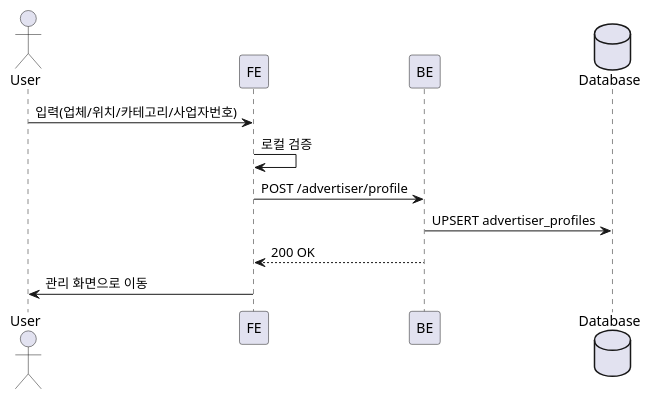
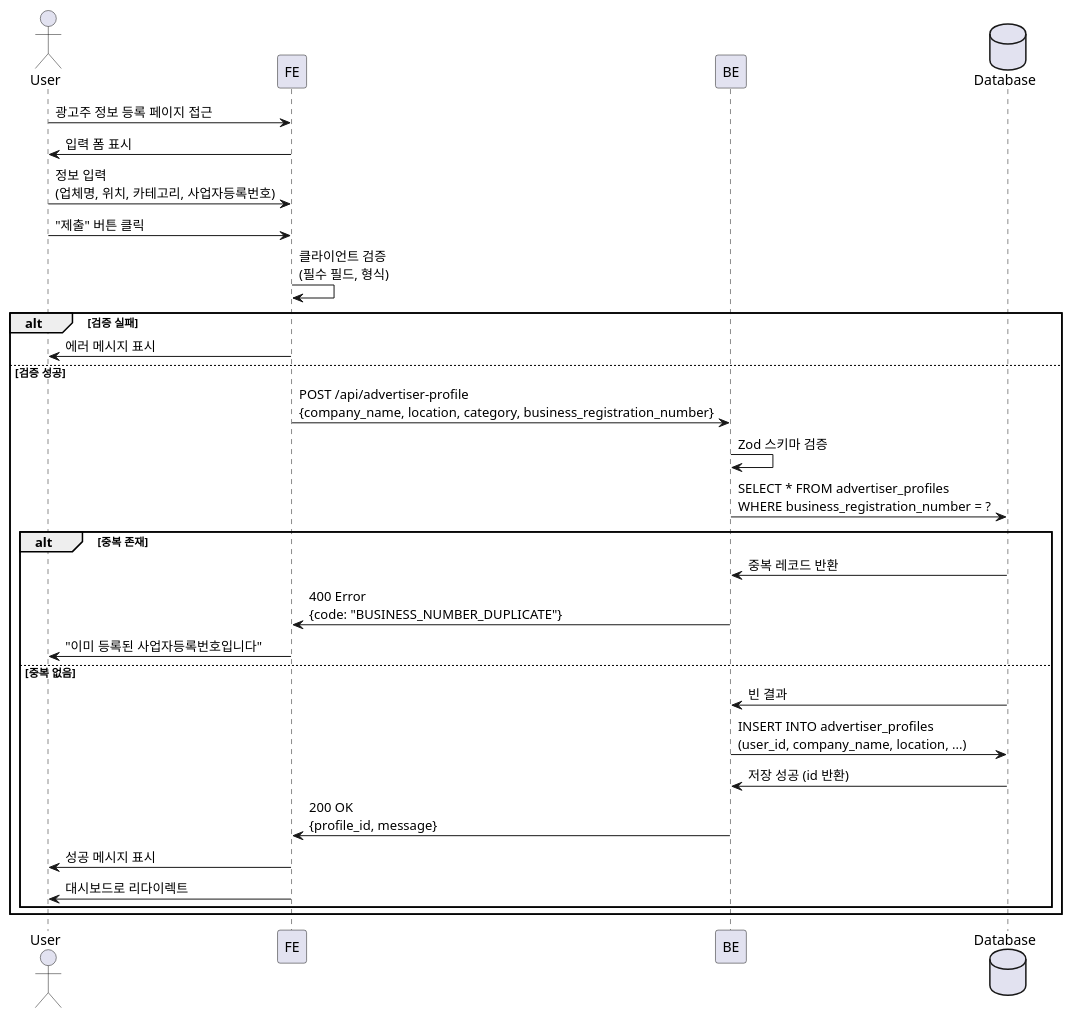
One commit to kooyongpak/Mafia_1w_1 changed the diagram in docs/003/spec.md. Above: the diagram before and after it, drawn with PlantUML. The commit also changed other lines of this file and 78 other files, not shown here.

First line of the commit message:
Feat: 광고주 및 인플루언서 정보 등록 페이지 추가 및 관련 기능 구현

````diff
--- a/docs/003/spec.md
+++ b/docs/003/spec.md
@@ -24,13 +90,42 @@
+```plantuml
 @startuml
 actor User
 participant FE
 participant BE
 database Database
 
-User -> FE: 입력(업체/위치/카테고리/사업자번호)
-FE -> FE: 로컬 검증
-FE -> BE: POST /advertiser/profile
-BE -> Database: UPSERT advertiser_profiles
-BE --> FE: 200 OK
-FE -> User: 관리 화면으로 이동
+User -> FE: 광고주 정보 등록 페이지 접근
+FE -> User: 입력 폼 표시
+
+User -> FE: 정보 입력\n(업체명, 위치, 카테고리, 사업자등록번호)
+User -> FE: "제출" 버튼 클릭
+
+FE -> FE: 클라이언트 검증\n(필수 필드, 형식)
+
+alt 검증 실패
+    FE -> User: 에러 메시지 표시
+else 검증 성공
+    FE -> BE: POST /api/advertiser-profile\n{company_name, location, category, business_registration_number}
+    
+    BE -> BE: Zod 스키마 검증
+    
+    BE -> Database: SELECT * FROM advertiser_profiles\nWHERE business_registration_number = ?
+    
+    alt 중복 존재
+        Database -> BE: 중복 레코드 반환
+        BE -> FE: 400 Error\n{code: "BUSINESS_NUMBER_DUPLICATE"}
+        FE -> User: "이미 등록된 사업자등록번호입니다"
+    else 중복 없음
+        Database -> BE: 빈 결과
+        
+        BE -> Database: INSERT INTO advertiser_profiles\n(user_id, company_name, location, ...)
+        Database -> BE: 저장 성공 (id 반환)
+        
+        BE -> FE: 200 OK\n{profile_id, message}
+        FE -> User: 성공 메시지 표시
+        FE -> User: 대시보드로 리다이렉트
+    end
+end
+
 @enduml
+```
````
